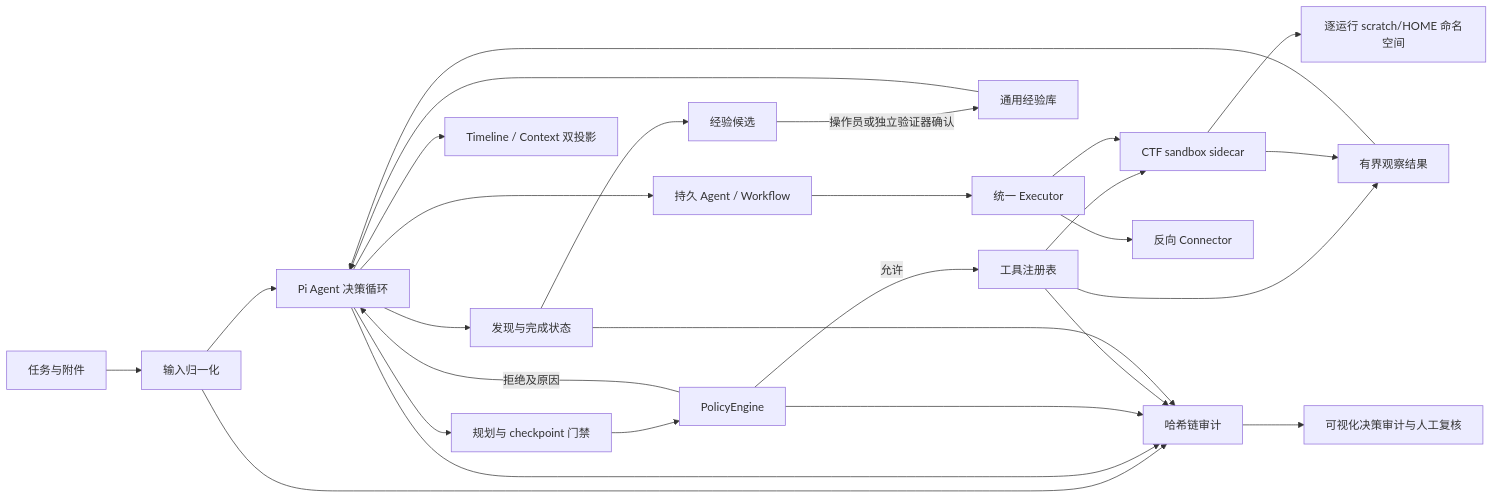
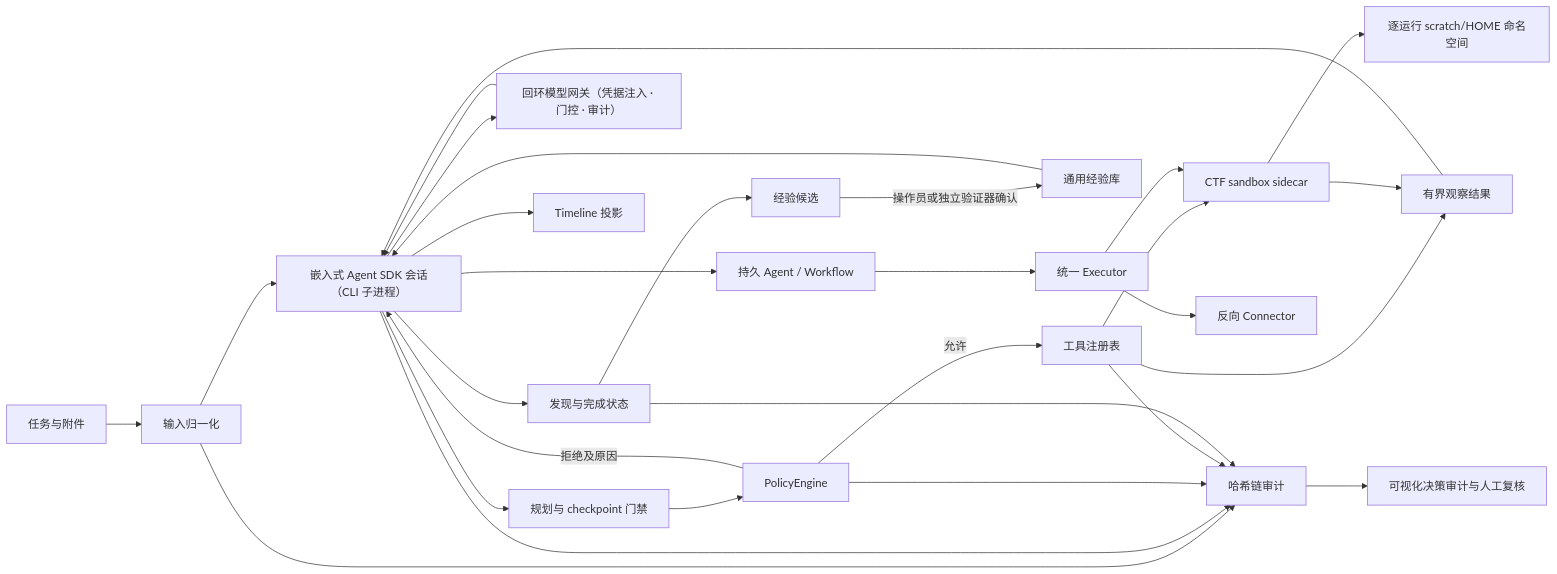
The diagram in docs/architecture.md (jiker666/zhulongx), drawn with Mermaid before and after one commit. The commit also changed other lines of this file and 15 other files, not shown here.

First line of the commit message:
feat: finalize Claude Agent SDK migration (docs, deps, Docker)

````diff
--- a/docs/architecture.md
+++ b/docs/architecture.md
@@ -7,29 +7,31 @@
 ```mermaid
 flowchart LR
     I["任务与附件"] --> N["输入归一化"]
-    N --> A["Pi Agent 决策循环"]
+    N --> A["嵌入式 Agent SDK 会话（CLI 子进程）"]
     A --> G["规划与 checkpoint 门禁"]
     G --> P["PolicyEngine"]
     P -->|允许| T["工具注册表"]
     P -->|拒绝及原因| A
     T --> S["CTF sandbox sidecar"]
     S --> X["逐运行 scratch/HOME 命名空间"]
     T --> O["有界观察结果"]
     S --> O
     O --> A
+    A --> MG["回环模型网关（凭据注入 · 门控 · 审计）"]
+    MG --> A
     A --> F["发现与完成状态"]
     N --> L["哈希链审计"]
     A --> L
     P --> L
     T --> L
     F --> L
     L --> V["可视化决策审计与人工复核"]
     F --> E["经验候选"]
     E -->|操作员或独立验证器确认| K["通用经验库"]
     K --> A
-    A --> C["Timeline / Context 双投影"]
+    A --> C["Timeline 投影"]
     A --> Q["持久 Agent / Workflow"]
     Q --> R["统一 Executor"]
     R --> S
     R --> RC["反向 Connector"]
 ```
````
